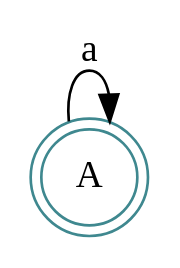
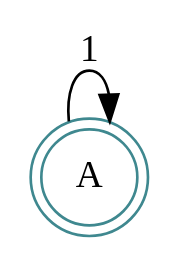
The diagram in Entrega final/DFA_Directo_Actual.gv (josepablito16/Regex-Engine), drawn with Graphviz before and after one commit. The commit also changed 10 other files, not shown here.

```diff
--- a/Entrega final/DFA_Directo_Actual.gv
+++ b/Entrega final/DFA_Directo_Actual.gv
@@ -1,8 +1,8 @@
 digraph finite_state_machine {
 	rankdir=LR size="8,5"
 	node [shape=doublecircle]
 	A
 	node [shape=circle]
 	A [color="#3F888F"]
-	A -> A [label=a]
+	A -> A [label=1]
 }
```
